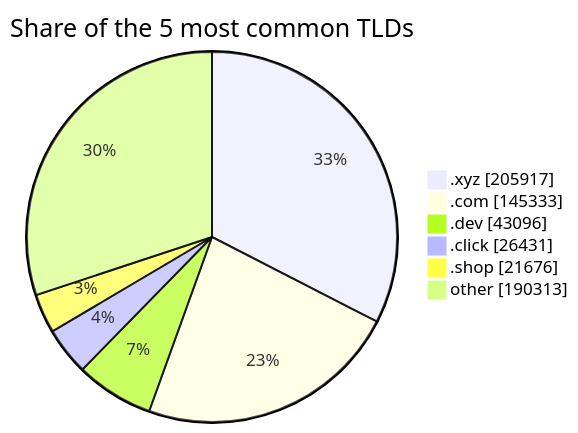
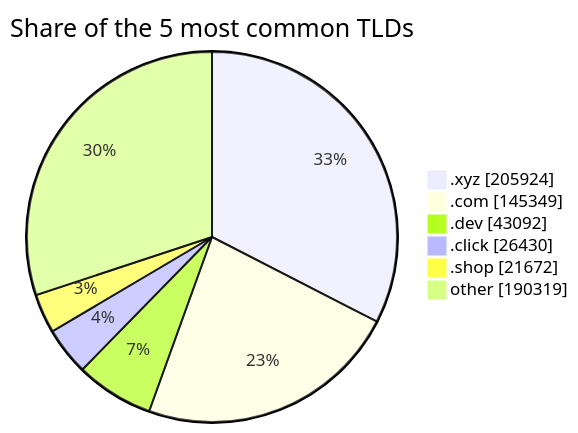
One commit to DNSBunker/CTI changed the third of 3 diagrams in README.md. Above: the diagram before and after it, drawn with Mermaid. The commit also changed other lines of this file and 3 other files, not shown here.

````diff
--- a/README.md
+++ b/README.md
@@ -81,9 +81,9 @@
 ```mermaid
 pie showData title Share of the 5 most common TLDs
-    ".xyz" : 205917
-    ".com" : 145333
-    ".dev" : 43096
-    ".click" : 26431
-    ".shop" : 21676
-    "other" : 190313
+    ".xyz" : 205924
+    ".com" : 145349
+    ".dev" : 43092
+    ".click" : 26430
+    ".shop" : 21672
+    "other" : 190319
 ```
````
